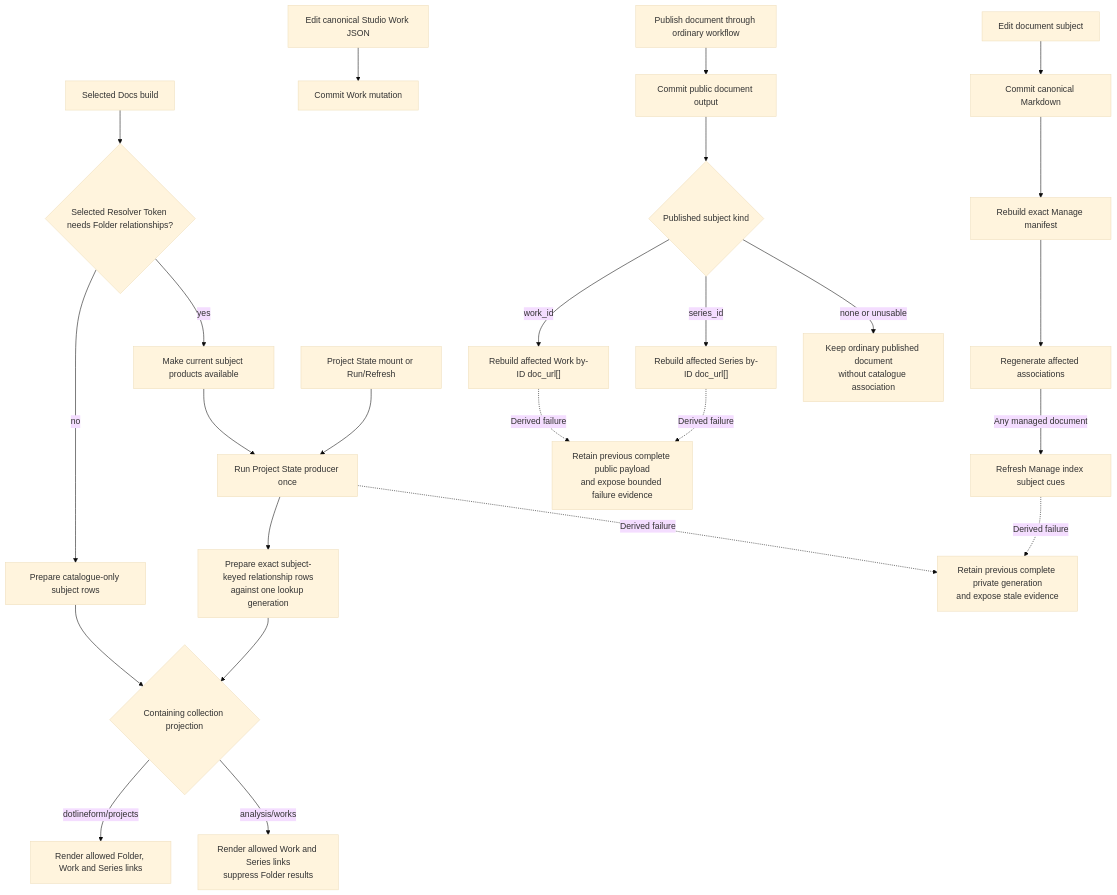
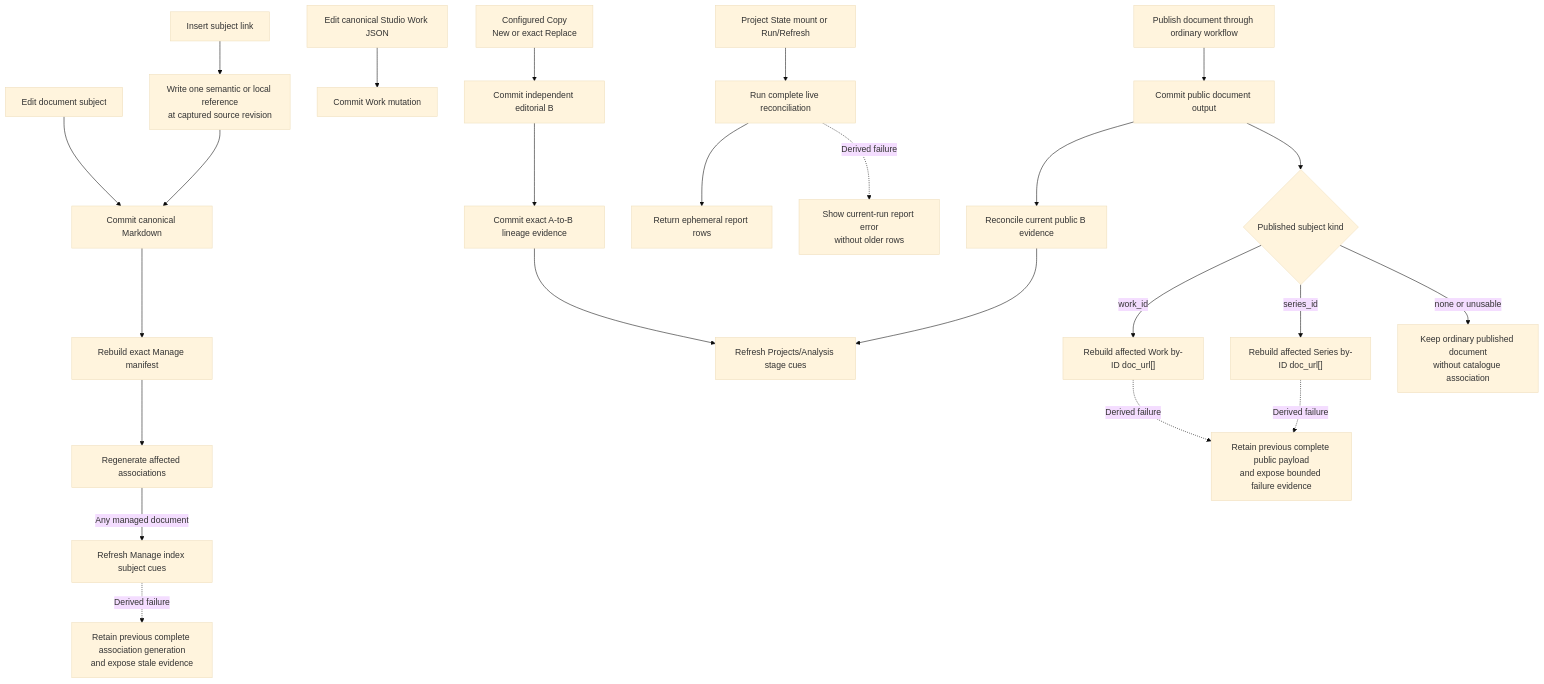
One commit to dotlineform/dotlineform-site changed the second of 2 diagrams in docs-viewer/scopes/studio/source/documents/d-20260802-194358-7717ee.md. Above: the diagram before and after it, drawn with Mermaid (base theme). The commit also changed other lines of this file and 48 other files, not shown here.

````diff
--- a/docs-viewer/scopes/studio/source/documents/d-20260802-194358-7717ee.md
+++ b/docs-viewer/scopes/studio/source/documents/d-20260802-194358-7717ee.md
@@ -239,35 +256,35 @@
 ```mermaid
 flowchart TD
     accTitle: Sub-Scope Publishing mutation and refresh boundaries
-    accDescr: Canonical mutations retain their owners; a selected build refreshes Project State once when Resolver Tokens need Folder relationships, then collection projection decides which results can enter output.
+    accDescr: Canonical mutations retain their owners; Copy records exact lineage, Publish records current public evidence, subject links remain authored snapshots, and public catalogue metadata follows exact published subjects.
 
     docEdit["Edit document subject"] --> docCommit["Commit canonical Markdown"]
     docCommit --> manageBuild["Rebuild exact Manage manifest"]
     manageBuild --> associationBuild["Regenerate affected associations"]
     associationBuild -->|"Any managed document"| indexCues["Refresh Manage index subject cues"]
 
+    sourceAction["Insert subject link"] --> sourceSnapshot["Write one semantic or local reference<br/>at captured source revision"]
+    sourceSnapshot --> docCommit
+
     workEdit["Edit canonical Studio Work JSON"] --> workCommit["Commit Work mutation"]
 
-    selectedBuild["Selected Docs build"] --> tokenPlan{"Selected Resolver Token needs Folder relationships?"}
-    tokenPlan -->|"no"| catalogueRows["Prepare catalogue-only subject rows"]
-    tokenPlan -->|"yes"| currentSubjects["Make current subject products available"]
-    currentSubjects --> projectRefresh["Run Project State producer once"]
-    projectRefresh --> relationshipRows["Prepare exact subject-keyed relationship rows<br/>against one lookup generation"]
-    catalogueRows --> projection{"Containing collection projection"}
-    relationshipRows --> projection
-    projection -->|"dotlineform/projects"| manageReferences["Render allowed Folder, Work and Series links"]
-    projection -->|"analysis/works"| analysisReferences["Render allowed Work and Series links<br/>suppress Folder results"]
+    reportRun["Project State mount or Run/Refresh"] --> projectRefresh["Run complete live reconciliation"]
+    projectRefresh --> reportRows["Return ephemeral report rows"]
 
-    reportRun["Project State mount or Run/Refresh"] --> projectRefresh
+    copyChoice["Configured Copy<br/>New or exact Replace"] --> editorialCommit["Commit independent editorial B"]
+    editorialCommit --> lineageCopy["Commit exact A-to-B lineage evidence"]
 
     publish["Publish document through ordinary workflow"] --> publicDocs["Commit public document output"]
+    publicDocs --> lineagePublish["Reconcile current public B evidence"]
+    lineageCopy --> publicationCues["Refresh Projects/Analysis stage cues"]
+    lineagePublish --> publicationCues
     publicDocs --> subjectRoute{"Published subject kind"}
     subjectRoute -->|"work_id"| workJson["Rebuild affected Work by-ID doc_url[]"]
     subjectRoute -->|"series_id"| seriesJson["Rebuild affected Series by-ID doc_url[]"]
     subjectRoute -->|"none or unusable"| ordinaryPublic["Keep ordinary published document<br/>without catalogue association"]
 
-    projectRefresh -. "Derived failure" .-> privateStale["Retain previous complete private generation<br/>and expose stale evidence"]
-    indexCues -. "Derived failure" .-> privateStale
+    projectRefresh -. "Derived failure" .-> reportFailure["Show current-run report error<br/>without older rows"]
+    indexCues -. "Derived failure" .-> privateStale["Retain previous complete association generation<br/>and expose stale evidence"]
     workJson -. "Derived failure" .-> publicStale["Retain previous complete public payload<br/>and expose bounded failure evidence"]
     seriesJson -. "Derived failure" .-> publicStale
 ```
````
